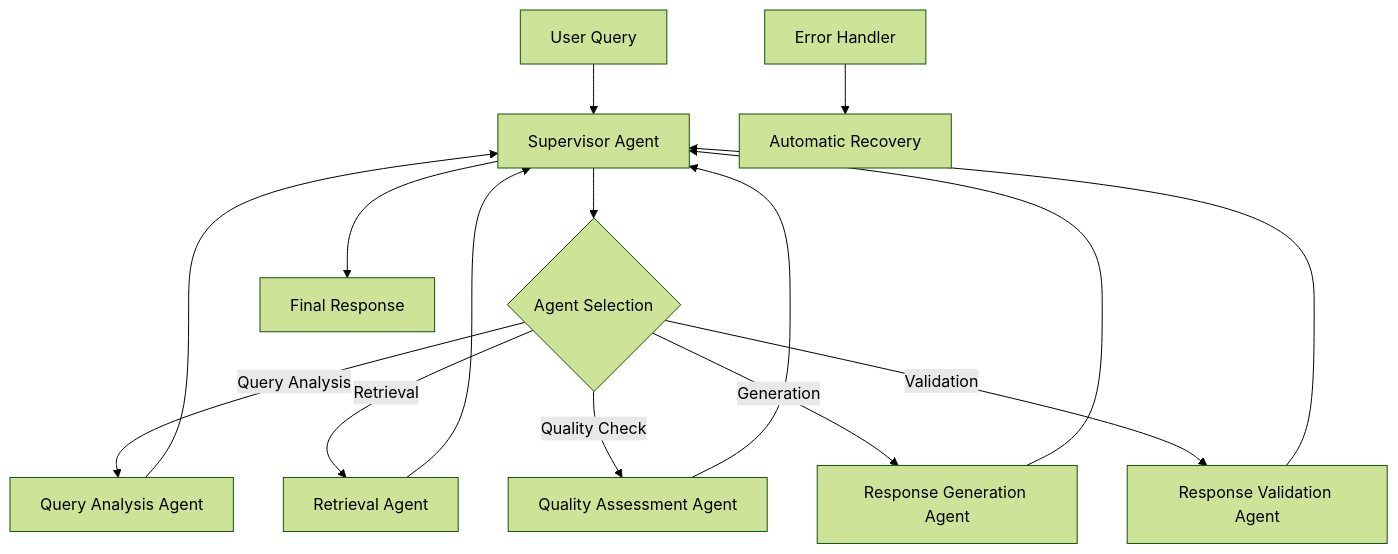
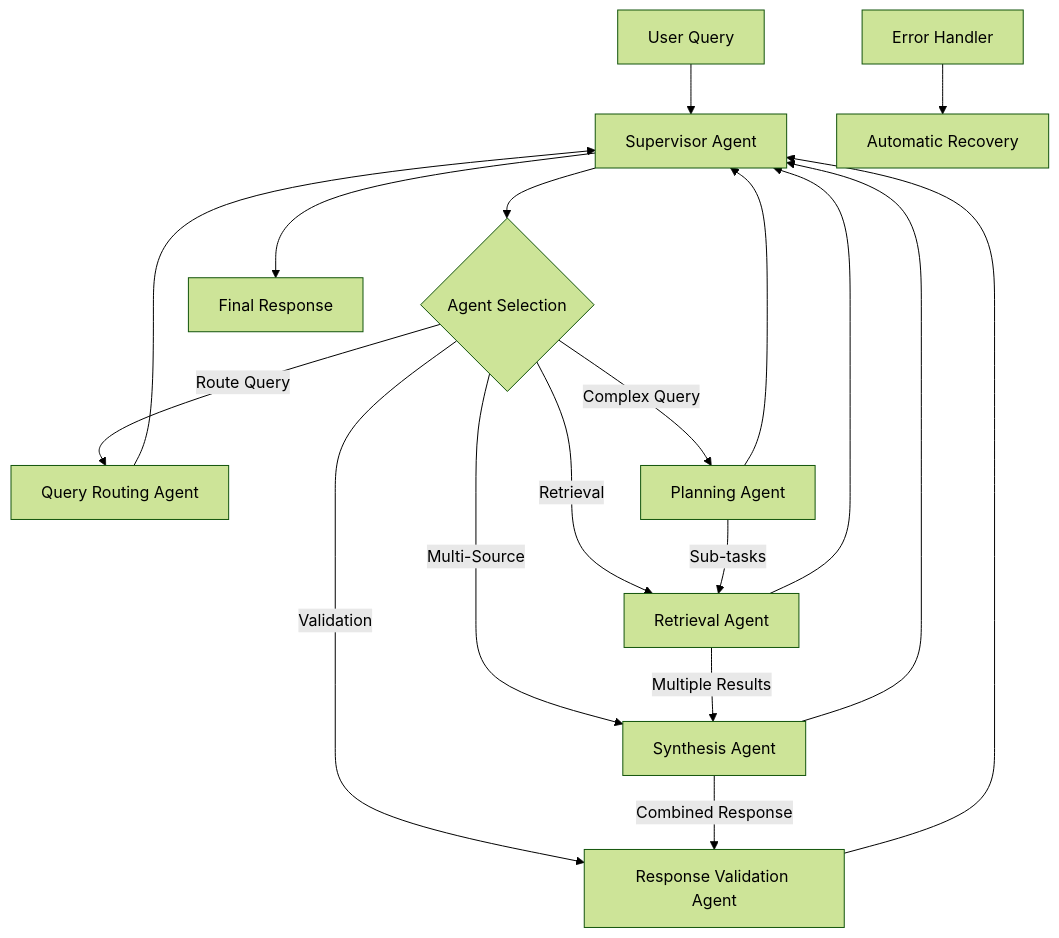
Before and after one commit to BjornMelin/docmind-ai-llm: the diagram in docs/adrs/new/ADR-011-NEW-agent-orchestration-framework.md, drawn with Mermaid (forest theme). The commit also changed other lines of this file and 21 other files, not shown here.

First line of the commit message:
docs(adrs): update multiple architecture decision records for simplification and enhancements

````diff
--- a/docs/adrs/new/ADR-011-NEW-agent-orchestration-framework.md
+++ b/docs/adrs/new/ADR-011-NEW-agent-orchestration-framework.md
@@ -97,21 +105,25 @@
 ```mermaid
 graph TD
     A[User Query] --> B[Supervisor Agent]
     B --> C{Agent Selection}
     
-    C -->|Query Analysis| D[Query Analysis Agent]
-    C -->|Retrieval| E[Retrieval Agent] 
-    C -->|Quality Check| F[Quality Assessment Agent]
-    C -->|Generation| G[Response Generation Agent]
+    C -->|Route Query| D[Query Routing Agent]
+    C -->|Complex Query| E[Planning Agent]
+    C -->|Retrieval| F[Retrieval Agent] 
+    C -->|Multi-Source| G[Synthesis Agent]
     C -->|Validation| H[Response Validation Agent]
     
     D --> B
     E --> B
     F --> B
     G --> B
     H --> B
     
+    E -->|Sub-tasks| F
+    F -->|Multiple Results| G
+    G -->|Combined Response| H
+    
     B --> I[Final Response]
     
     J[Error Handler] --> K[Automatic Recovery]
 ```
````
